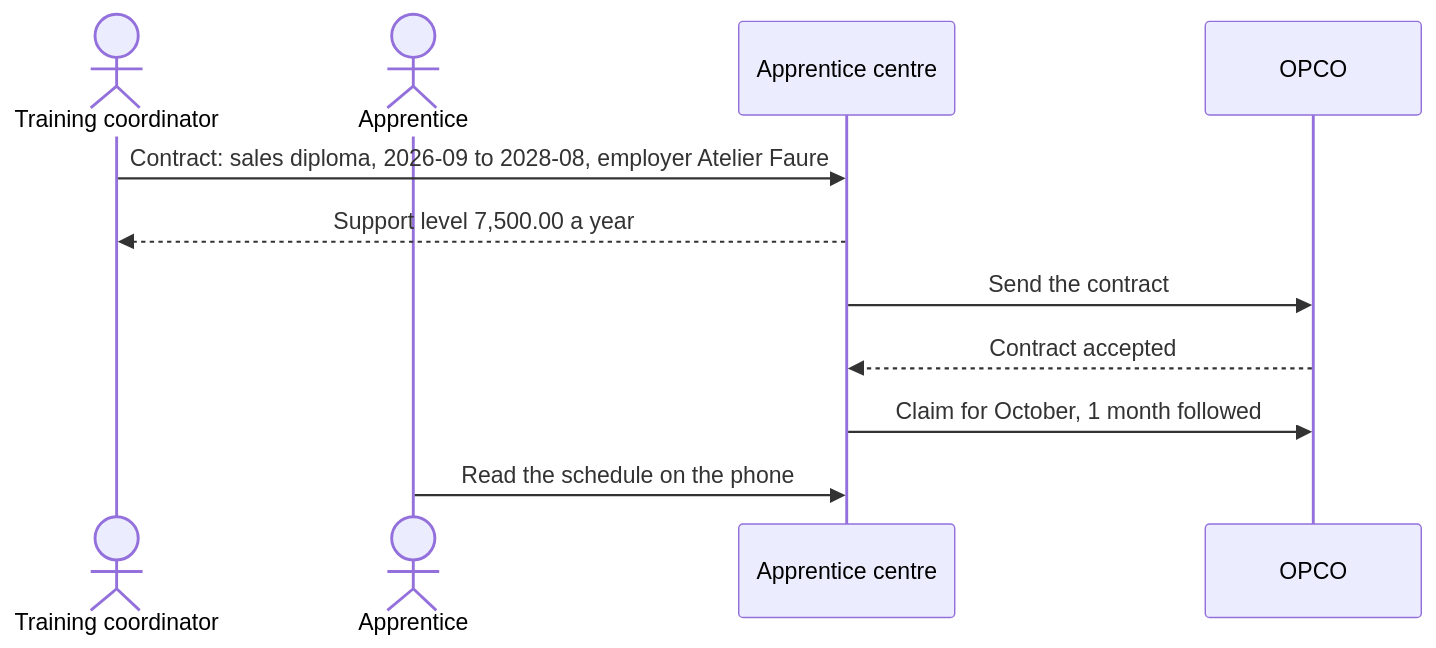
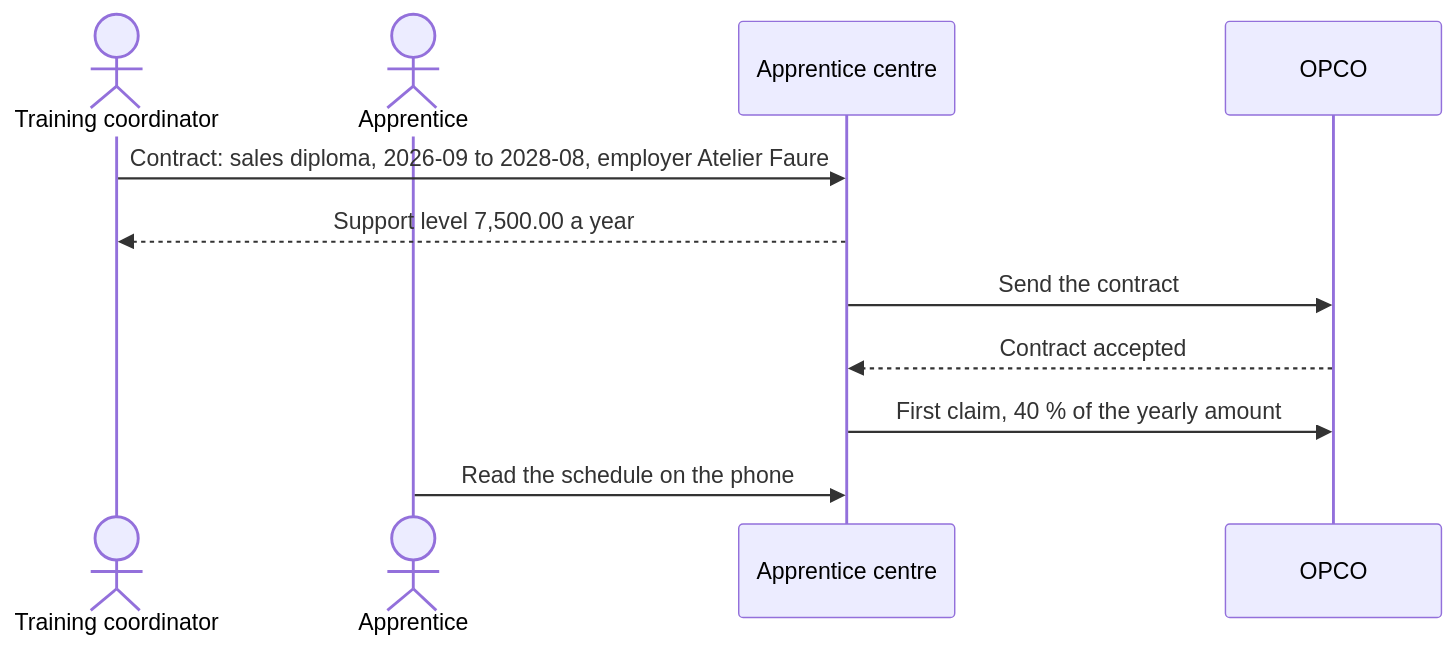
Before and after one commit to gpbcom/SimpleERP: the diagram in docs/specs/08-sectors/sc12-education-and-training/use-cases/06-apprentices-driving-nurseries-and-canteens/uc-sc12-21-run-an-apprentice-training-centre.md, drawn with Mermaid. The commit also changed other lines of this file and 8816 other files, not shown here.

````diff
--- a/docs/specs/08-sectors/sc12-education-and-training/use-cases/06-apprentices-driving-nurseries-and-canteens/uc-sc12-21-run-an-apprentice-training-centre.md
+++ b/docs/specs/08-sectors/sc12-education-and-training/use-cases/06-apprentices-driving-nurseries-and-canteens/uc-sc12-21-run-an-apprentice-training-centre.md
@@ -131,13 +135,13 @@
 ```mermaid
 sequenceDiagram
   actor C as Training coordinator
   actor A as Apprentice
   participant T as Apprentice centre
   participant O as OPCO
   C->>T: Contract: sales diploma, 2026-09 to 2028-08, employer Atelier Faure
   T-->>C: Support level 7,500.00 a year
   T->>O: Send the contract
   O-->>T: Contract accepted
-  T->>O: Claim for October, 1 month followed
+  T->>O: First claim, 40 % of the yearly amount
   A->>T: Read the schedule on the phone
 ```
````
